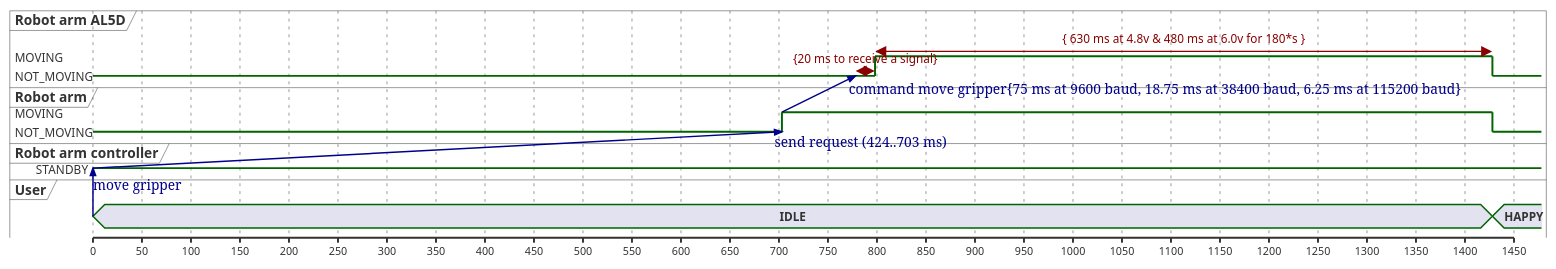
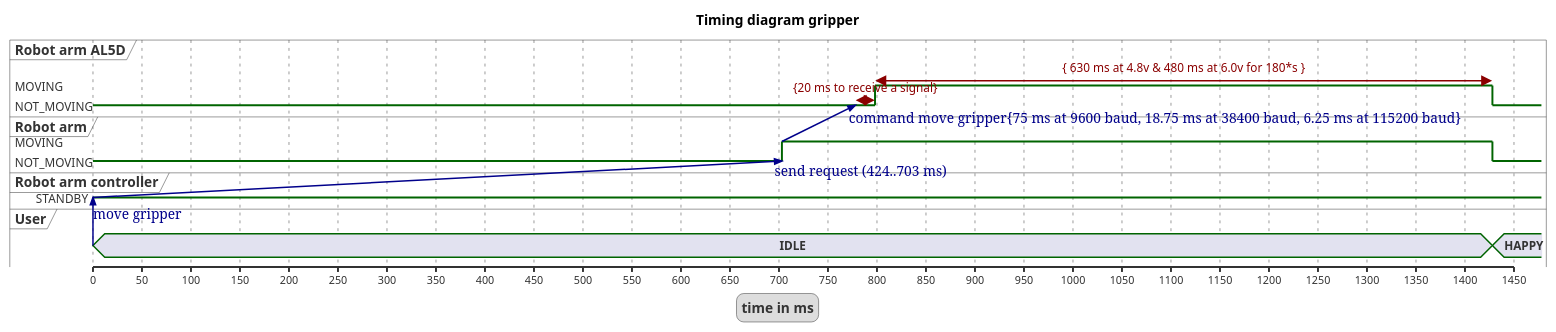
Before and after one commit to muisje/robot_arm_aansturing: the diagram in diagrams/timingGripper.plantuml, drawn with PlantUML.

Commit message:
finished timing diagram gripper

```diff
--- a/diagrams/timingGripper.plantuml
+++ b/diagrams/timingGripper.plantuml
@@ -1,42 +1,47 @@
 @startuml timing diagram gripper
+Title Timing diagram gripper
 robust "Robot arm AL5D" as AL5D
 robust "Robot arm" as System
 robust "Robot arm controller" as Controller
 concise "User" as User
 scale 50 as 50 pixels
+
+legend
+time in ms
+end legend
 
 @0
 AL5D is NOT_MOVING
 System is NOT_MOVING
 Controller is STANDBY
 User is IDLE
 
 @0
 User -> Controller : move gripper
 User is WAITING
 
 @+0
 Controller -> System@+703 : send request (424..703 ms)
 
 @+703
 System is MOVING
 
 @+0
 System -> AL5D@+75 : command move gripper{75 ms at 9600 baud, 18.75 ms at 38400 baud, 6.25 ms at 115200 baud}
 
 @+75
 AL5D@+0 <-> @+20 : {20 ms to receive a signal}
 
 @+20
 AL5D IS MOVING
 AL5D@+0 <-> @+630 : { 630 ms at 4.8v & 480 ms at 6.0v for 180*s }
 
 @+630
 AL5D IS NOT_MOVING
 System IS NOT_MOVING
 
 @+0
 User is HAPPY
 
 
 @enduml
```
